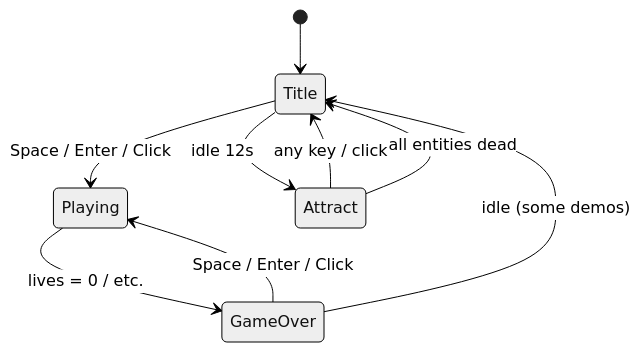
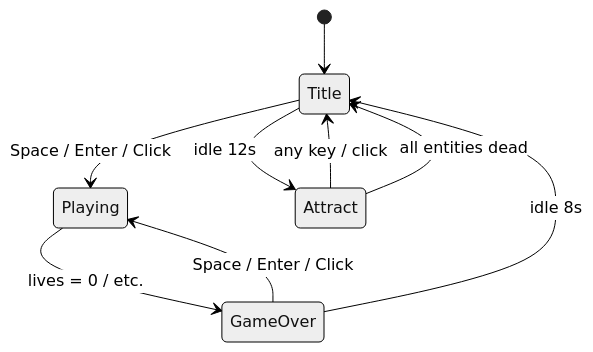
One commit to KahuaPlatform/skiasharp4-demos changed the third of 4 diagrams in Docs/Architecture/02-Demo-Anatomy.md. Above: the diagram before and after it, drawn with Mermaid (neutral theme). The commit also changed other lines of this file and 16 other files, not shown here.

````diff
--- a/Docs/Architecture/02-Demo-Anatomy.md
+++ b/Docs/Architecture/02-Demo-Anatomy.md
@@ -102,11 +102,11 @@
 ```mermaid
 stateDiagram-v2
     [*] --> Title
     Title --> Playing: Space / Enter / Click
     Title --> Attract: idle 12s
     Playing --> GameOver: lives = 0 / etc.
     Attract --> Title: any key / click
     Attract --> Title: all entities dead
     GameOver --> Playing: Space / Enter / Click
-    GameOver --> Title: idle (some demos)
+    GameOver --> Title: idle 8s
 ```
````
